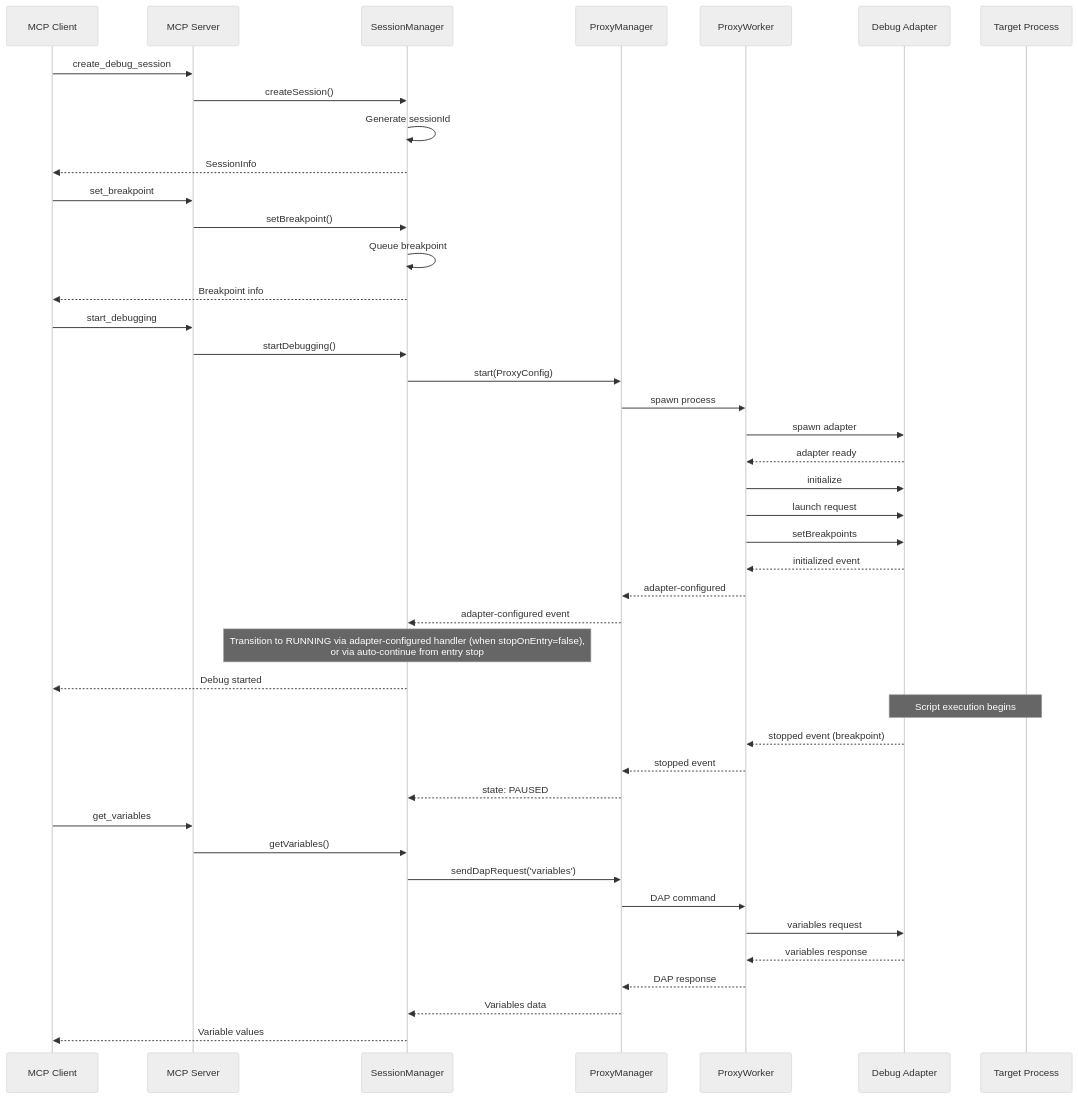
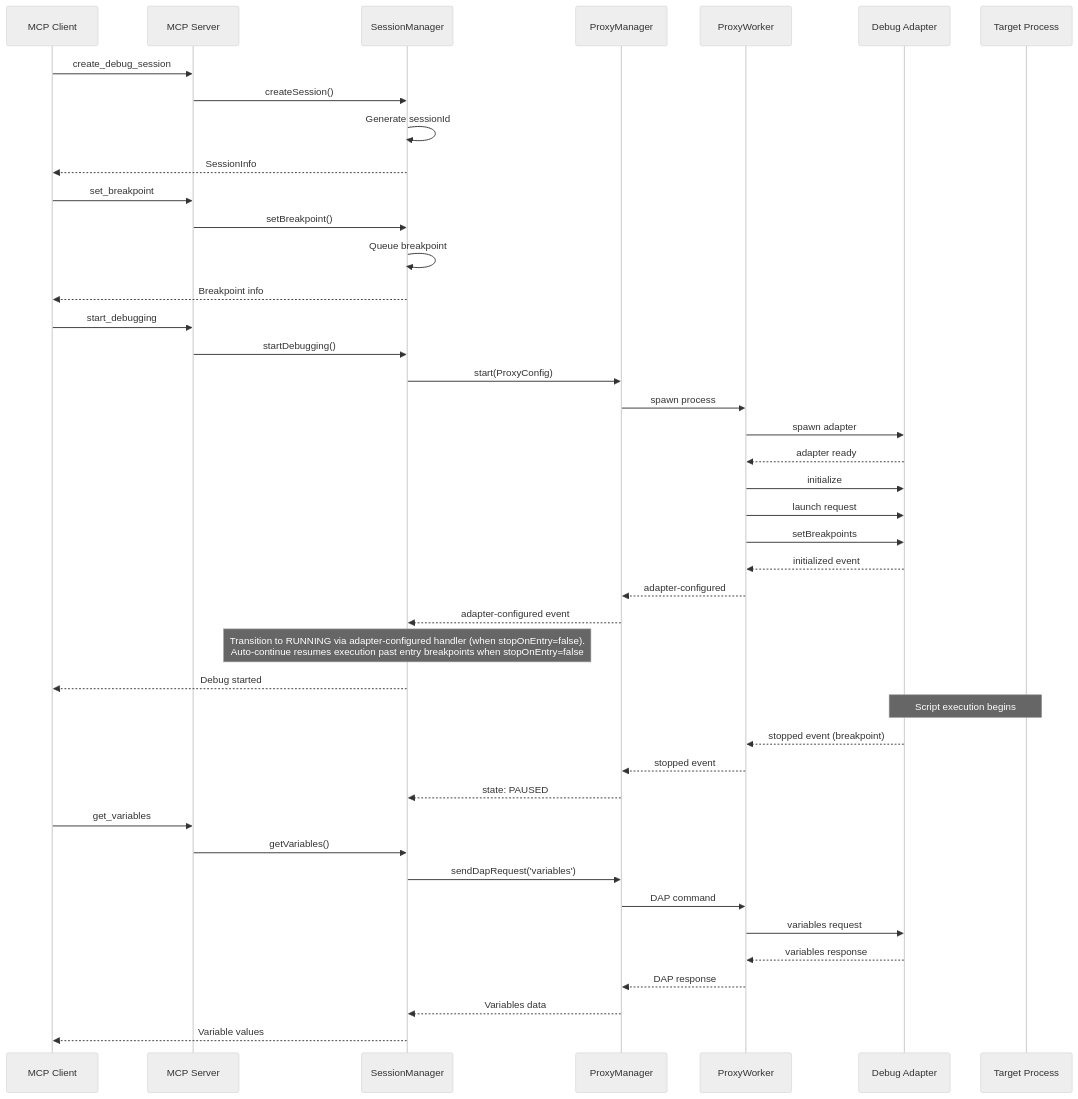
The second of 2 diagrams in docs/architecture/system-overview.md (debugmcp/mcp-debugger), drawn with Mermaid (neutral theme) before and after one commit. The commit also changed other lines of this file and 126 other files, not shown here.

````diff
--- a/docs/architecture/system-overview.md
+++ b/docs/architecture/system-overview.md
@@ -147,51 +147,51 @@
 ```mermaid
 sequenceDiagram
     participant C as MCP Client
     participant S as MCP Server
     participant SM as SessionManager
     participant PM as ProxyManager
     participant PW as ProxyWorker
     participant DA as Debug Adapter
     participant TGT as Target Process
 
     C->>S: create_debug_session
     S->>SM: createSession()
     SM->>SM: Generate sessionId
     SM-->>C: SessionInfo
     
     C->>S: set_breakpoint
     S->>SM: setBreakpoint()
     SM->>SM: Queue breakpoint
     SM-->>C: Breakpoint info
     
     C->>S: start_debugging
     S->>SM: startDebugging()
     SM->>PM: start(ProxyConfig)
     PM->>PW: spawn process
     PW->>DA: spawn adapter
     DA-->>PW: adapter ready
     PW->>DA: initialize
     PW->>DA: launch request
     PW->>DA: setBreakpoints
     DA-->>PW: initialized event
     PW-->>PM: adapter-configured
     PM-->>SM: adapter-configured event
-    Note over SM: Transition to RUNNING via adapter-configured handler (when stopOnEntry=false),<br/>or via auto-continue from entry stop
+    Note over SM: Transition to RUNNING via adapter-configured handler (when stopOnEntry=false).<br/>Auto-continue resumes execution past entry breakpoints when stopOnEntry=false
     SM-->>C: Debug started
     
     Note over DA,TGT: Script execution begins
     
     DA-->>PW: stopped event (breakpoint)
     PW-->>PM: stopped event
     PM-->>SM: state: PAUSED
     
     C->>S: get_variables
     S->>SM: getVariables()
     SM->>PM: sendDapRequest('variables')
     PM->>PW: DAP command
     PW->>DA: variables request
     DA-->>PW: variables response
     PW-->>PM: DAP response
     PM-->>SM: Variables data
     SM-->>C: Variable values
 ```
````
